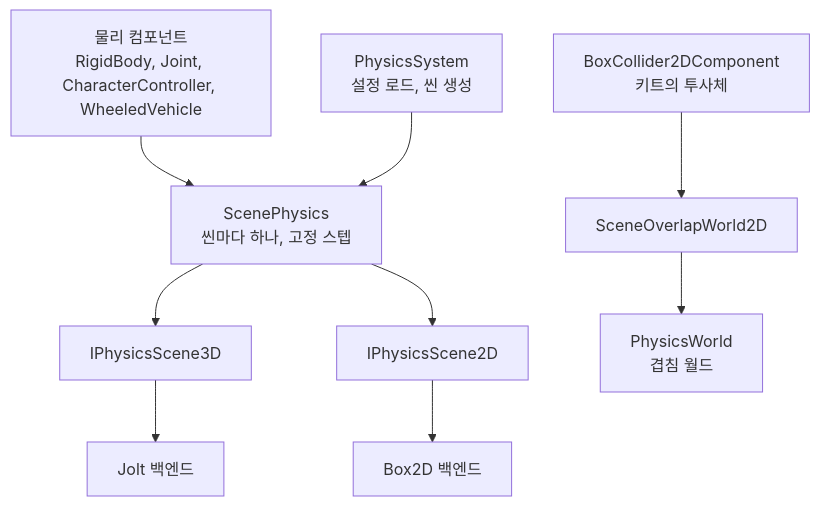
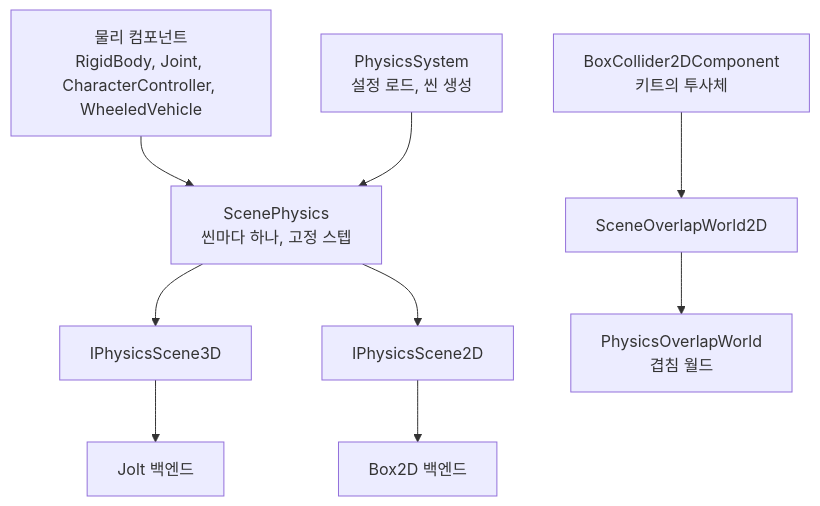
One commit to sswgame/LearningTemplate changed the diagram in Source/Engine/Physics/README.md. Above: the diagram before and after it, drawn with Mermaid. The commit also changed other lines of this file and 34 other files, not shown here.

First line of the commit message:
개명 - 겹침 질의 전용 PhysicsWorld 를 PhysicsOverlapWorld 로 바꾼다

````diff
--- a/Source/Engine/Physics/README.md
+++ b/Source/Engine/Physics/README.md
@@ -18,8 +18,8 @@
 ```mermaid
 flowchart TD
   C["물리 컴포넌트<br/>RigidBody, Joint, CharacterController, WheeledVehicle"] --> SP["ScenePhysics<br/>씬마다 하나, 고정 스텝"]
   SP --> I3["IPhysicsScene3D"] --> J["Jolt 백엔드"]
   SP --> I2["IPhysicsScene2D"] --> B["Box2D 백엔드"]
   PS["PhysicsSystem<br/>설정 로드, 씬 생성"] --> SP
-  BC["BoxCollider2DComponent<br/>키트의 투사체"] --> OW["SceneOverlapWorld2D"] --> PW["PhysicsWorld<br/>겹침 월드"]
+  BC["BoxCollider2DComponent<br/>키트의 투사체"] --> OW["SceneOverlapWorld2D"] --> PW["PhysicsOverlapWorld<br/>겹침 월드"]
 ```
````
